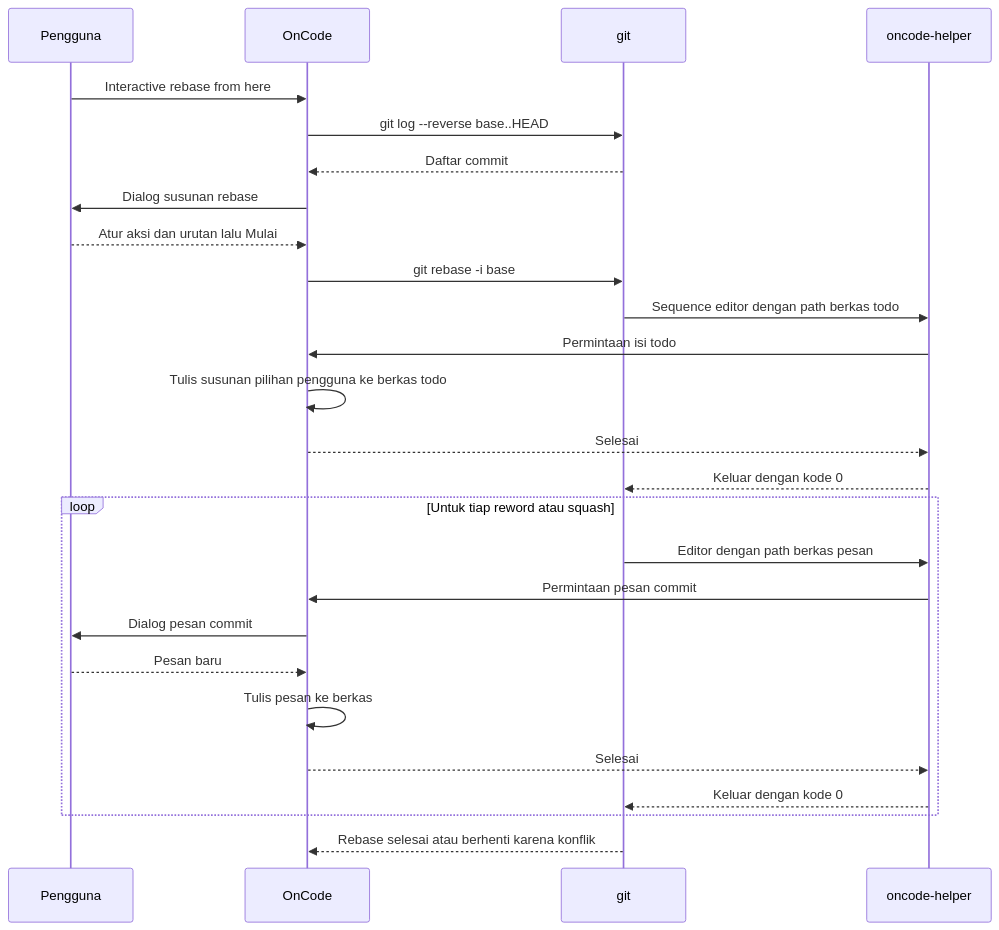
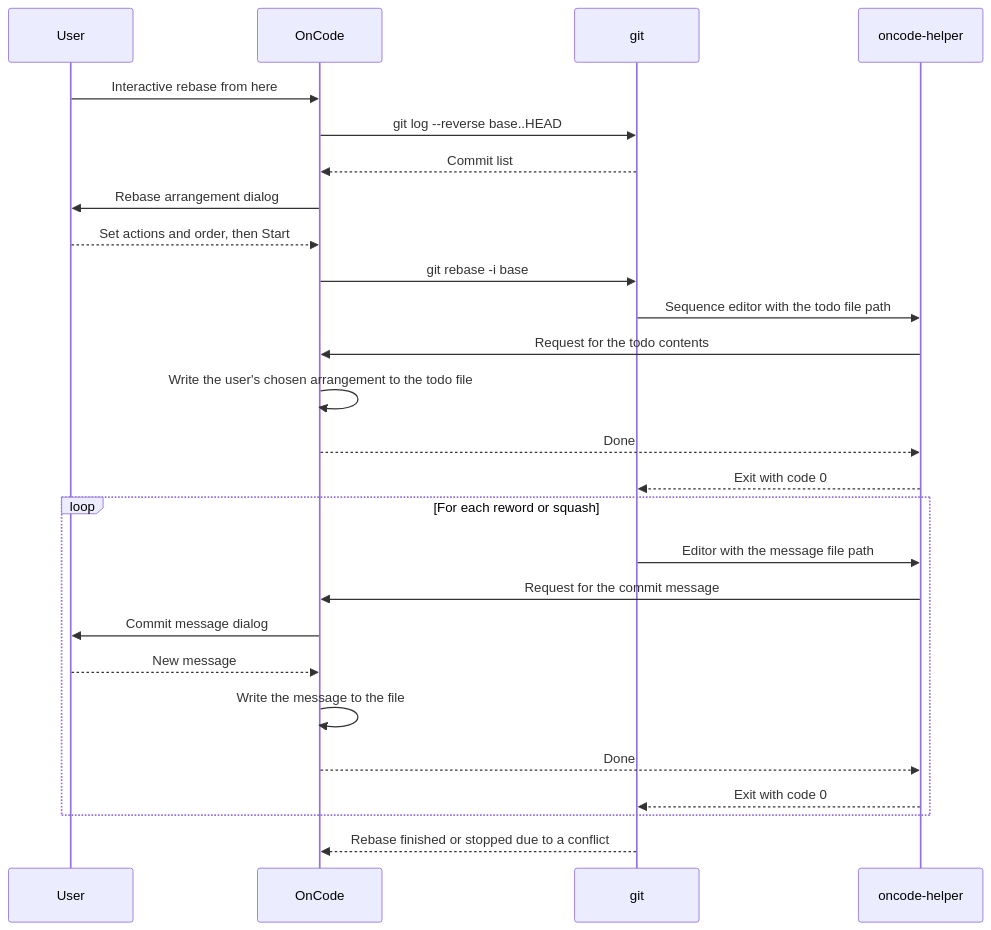
Before and after one commit to OkkyRoyDirgantara/oncode: the fifth of 6 diagrams in docs/archive/DESIGN-v0.2-tauri.md, drawn with Mermaid. The commit also changed other lines of this file and 240 other files, not shown here.

````diff
--- a/docs/archive/DESIGN-v0.2-tauri.md
+++ b/docs/archive/DESIGN-v0.2-tauri.md
@@ -787,29 +787,29 @@
 ```mermaid
 sequenceDiagram
-    participant U as Pengguna
+    participant U as User
     participant A as OnCode
     participant G as git
     participant H as oncode-helper
 
     U->>A: Interactive rebase from here
     A->>G: git log --reverse base..HEAD
-    G-->>A: Daftar commit
-    A->>U: Dialog susunan rebase
-    U-->>A: Atur aksi dan urutan lalu Mulai
+    G-->>A: Commit list
+    A->>U: Rebase arrangement dialog
+    U-->>A: Set actions and order, then Start
     A->>G: git rebase -i base
-    G->>H: Sequence editor dengan path berkas todo
-    H->>A: Permintaan isi todo
-    A->>A: Tulis susunan pilihan pengguna ke berkas todo
-    A-->>H: Selesai
-    H-->>G: Keluar dengan kode 0
-    loop Untuk tiap reword atau squash
-        G->>H: Editor dengan path berkas pesan
-        H->>A: Permintaan pesan commit
-        A->>U: Dialog pesan commit
-        U-->>A: Pesan baru
-        A->>A: Tulis pesan ke berkas
-        A-->>H: Selesai
-        H-->>G: Keluar dengan kode 0
+    G->>H: Sequence editor with the todo file path
+    H->>A: Request for the todo contents
+    A->>A: Write the user's chosen arrangement to the todo file
+    A-->>H: Done
+    H-->>G: Exit with code 0
+    loop For each reword or squash
+        G->>H: Editor with the message file path
+        H->>A: Request for the commit message
+        A->>U: Commit message dialog
+        U-->>A: New message
+        A->>A: Write the message to the file
+        A-->>H: Done
+        H-->>G: Exit with code 0
     end
-    G-->>A: Rebase selesai atau berhenti karena konflik
+    G-->>A: Rebase finished or stopped due to a conflict
 ```
````
